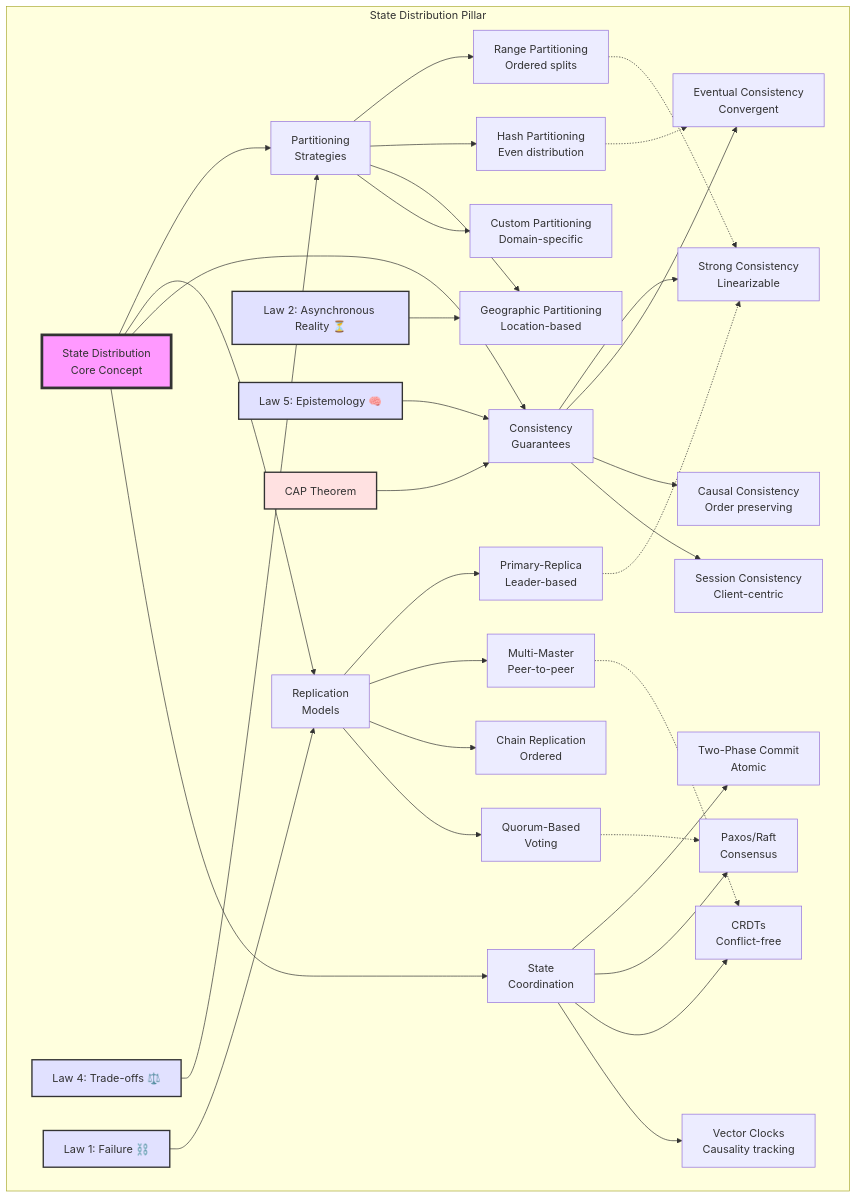
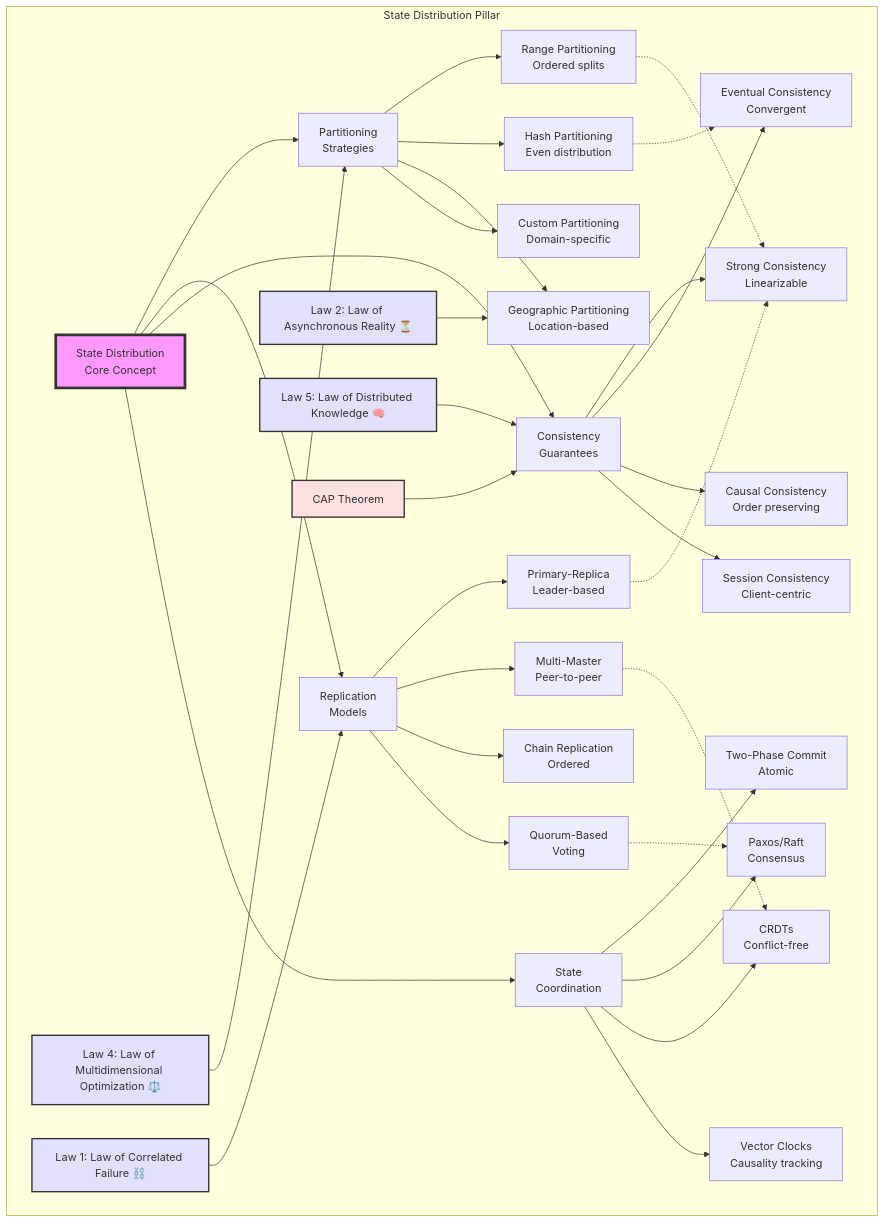
Before and after one commit to deepaucksharma/DStudio: the second of 42 diagrams in docs/part2-pillars/state/index.md, drawn with Mermaid. The commit also changed other lines of this file and 176 other files, not shown here.

````diff
--- a/docs/part2-pillars/state/index.md
+++ b/docs/part2-pillars/state/index.md
@@ -105,56 +105,56 @@
 ```mermaid
 graph TB
     subgraph "State Distribution Pillar"
         Core[State Distribution<br/>Core Concept]
 
         Core --> Partition[Partitioning<br/>Strategies]
         Core --> Replication[Replication<br/>Models]
         Core --> Consistency[Consistency<br/>Guarantees]
         Core --> Coordination[State<br/>Coordination]
 
         %% Partitioning branch
         Partition --> Range[Range Partitioning<br/>Ordered splits]
         Partition --> Hash[Hash Partitioning<br/>Even distribution]
         Partition --> Geo[Geographic Partitioning<br/>Location-based]
         Partition --> Custom[Custom Partitioning<br/>Domain-specific]
 
         %% Replication branch
         Replication --> Primary[Primary-Replica<br/>Leader-based]
         Replication --> MultiMaster[Multi-Master<br/>Peer-to-peer]
         Replication --> Chain[Chain Replication<br/>Ordered]
         Replication --> Quorum[Quorum-Based<br/>Voting]
 
         %% Consistency branch
         Consistency --> Strong[Strong Consistency<br/>Linearizable]
         Consistency --> Eventual[Eventual Consistency<br/>Convergent]
         Consistency --> Causal[Causal Consistency<br/>Order preserving]
         Consistency --> Session[Session Consistency<br/>Client-centric]
 
         %% Coordination branch
         Coordination --> 2PC[Two-Phase Commit<br/>Atomic]
         Coordination --> Paxos[Paxos/Raft<br/>Consensus]
         Coordination --> CRDT[CRDTs<br/>Conflict-free]
         Coordination --> Vector[Vector Clocks<br/>Causality tracking]
 
         %% Key relationships
         Hash -.-> Eventual
         Range -.-> Strong
         Primary -.-> Strong
         MultiMaster -.-> CRDT
         Quorum -.-> Paxos
 
         %% Law connections
-        Law2[Law 2: Asynchronous Reality ⏳] --> Geo
-        Law4[Law 4: Trade-offs ⚖️] --> Partition
-        Law1[Law 1: Failure ⛓️] --> Replication
-        Law5[Law 5: Epistemology 🧠] --> Consistency
+        Law2[Law 2: Law of Asynchronous Reality ⏳] --> Geo
+        Law4[Law 4: Law of Multidimensional Optimization ⚖️] --> Partition
+        Law1[Law 1: Law of Correlated Failure ⛓️] --> Replication
+        Law5[Law 5: Law of Distributed Knowledge 🧠] --> Consistency
         CAP[CAP Theorem] --> Consistency
     end
 
     style Core fill:#f9f,stroke:#333,stroke-width:4px
     style Law2 fill:#e1e1ff,stroke:#333,stroke-width:2px
     style Law4 fill:#e1e1ff,stroke:#333,stroke-width:2px
     style Law1 fill:#e1e1ff,stroke:#333,stroke-width:2px
     style Law5 fill:#e1e1ff,stroke:#333,stroke-width:2px
     style CAP fill:#ffe1e1,stroke:#333,stroke-width:2px
 ```
````
